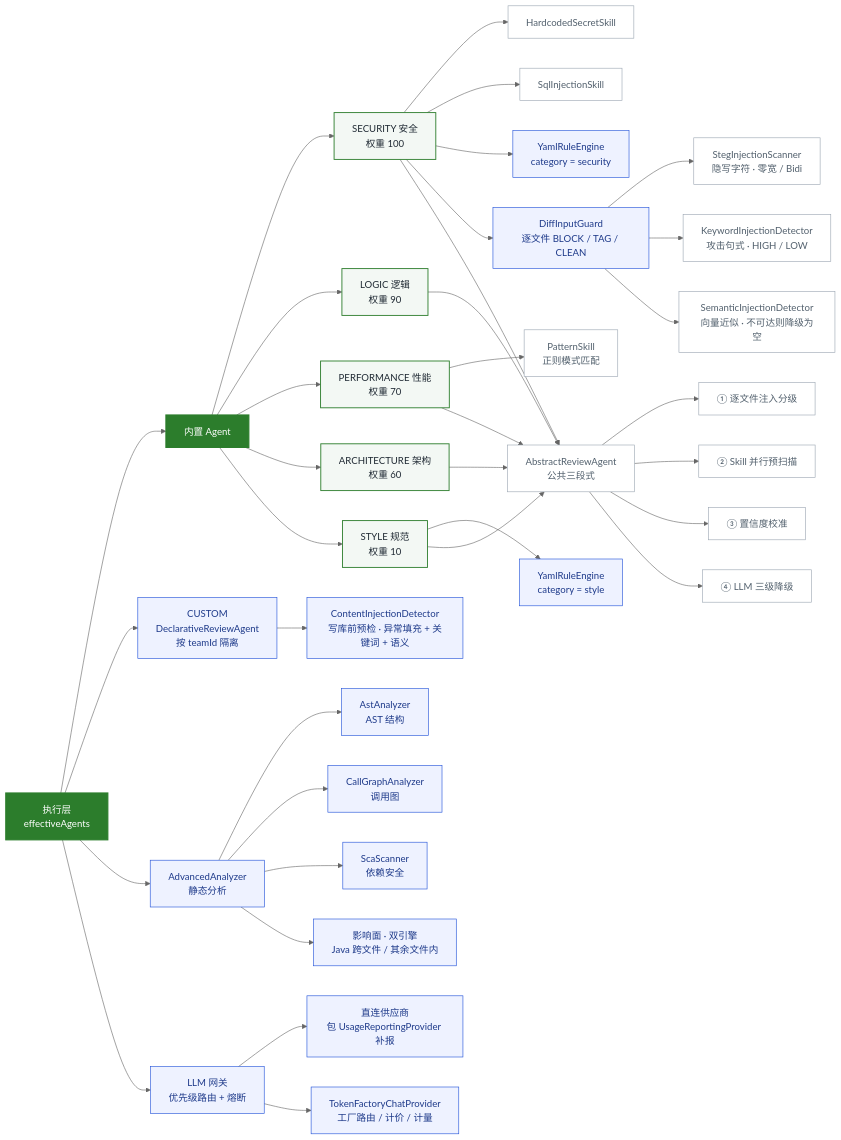
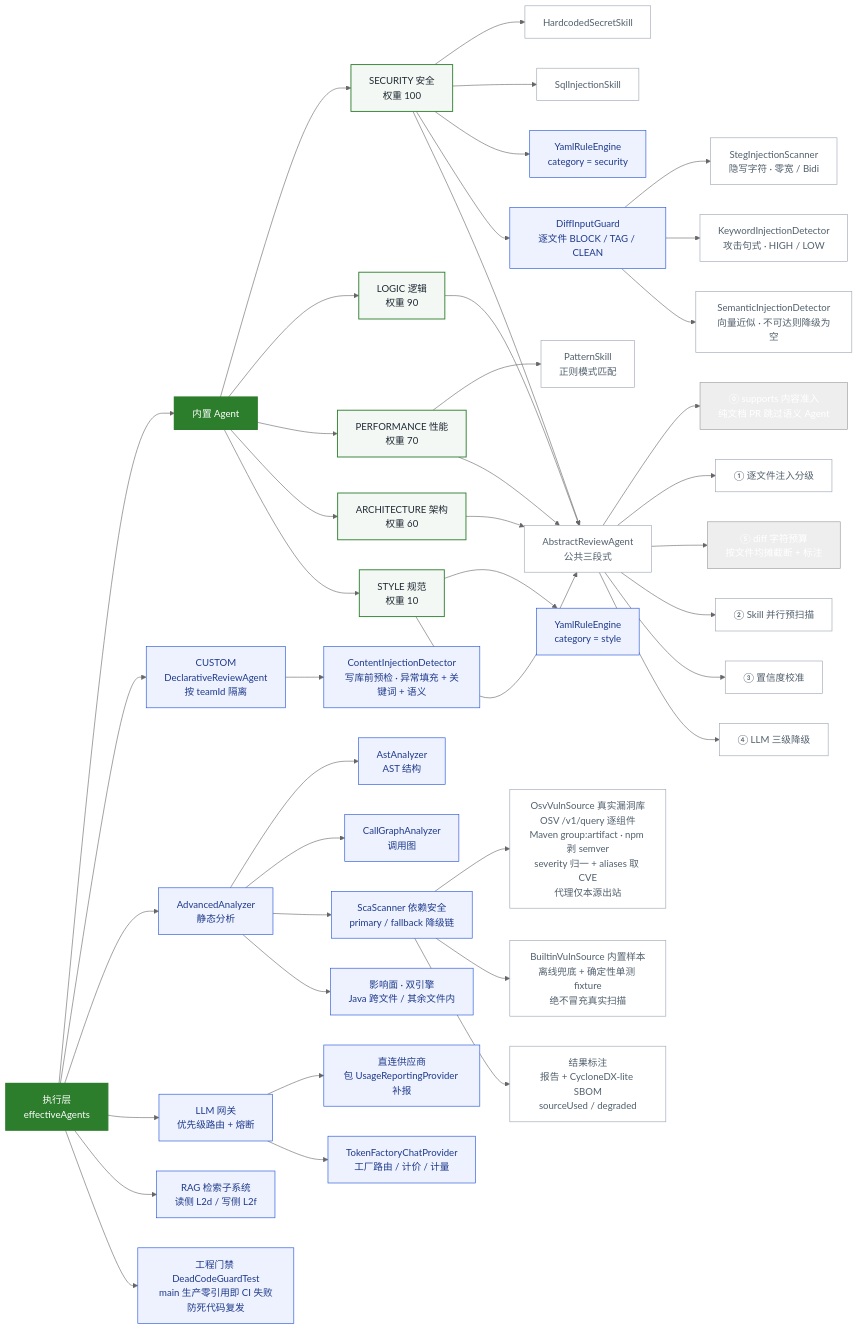
One commit to 13liyunfei/code-review-agent changed the diagram in docs/diagrams/l7-capability.mmd. Above: the diagram before and after it, drawn with Mermaid (neutral theme). The commit also changed 14 other files, not shown here.

First line of the commit message:
docs: 图集同步 RAG 加固 / SCA 真实库 / 记忆读侧闭环（13 → 16 张）

```diff
--- a/docs/diagrams/l7-capability.mmd
+++ b/docs/diagrams/l7-capability.mmd
@@ -1,52 +1,61 @@
 flowchart LR
     ROOT["执行层<br/>effectiveAgents"] --> BI["内置 Agent"]
     ROOT --> A6["CUSTOM<br/>DeclarativeReviewAgent<br/>按 teamId 隔离"]
     ROOT --> A7["AdvancedAnalyzer<br/>静态分析"]
     ROOT --> GW["LLM 网关<br/>优先级路由 + 熔断"]
+    ROOT --> RAG["RAG 检索子系统<br/>读侧 L2d / 写侧 L2f"]
+    ROOT --> QA["工程门禁 DeadCodeGuardTest<br/>main 生产零引用即 CI 失败<br/>防死代码复发"]
 
     BI --> A1["SECURITY 安全<br/>权重 100"]
     BI --> A2["LOGIC 逻辑<br/>权重 90"]
     BI --> A3["PERFORMANCE 性能<br/>权重 70"]
     BI --> A4["ARCHITECTURE 架构<br/>权重 60"]
     BI --> A5["STYLE 规范<br/>权重 10"]
 
     A1 --> S1["HardcodedSecretSkill"]
     A1 --> S2["SqlInjectionSkill"]
     A1 --> S3["YamlRuleEngine<br/>category = security"]
     A3 --> S4["PatternSkill<br/>正则模式匹配"]
     A5 --> S5["YamlRuleEngine<br/>category = style"]
 
     A1 --> D1["DiffInputGuard<br/>逐文件 BLOCK / TAG / CLEAN"]
     D1 --> D2["StegInjectionScanner<br/>隐写字符 · 零宽 / Bidi"]
     D1 --> D3["KeywordInjectionDetector<br/>攻击句式 · HIGH / LOW"]
     D1 --> D4["SemanticInjectionDetector<br/>向量近似 · 不可达则降级为空"]
 
     A6 --> D5["ContentInjectionDetector<br/>写库前预检 · 异常填充 + 关键词 + 语义"]
 
     A7 --> Z1["AstAnalyzer<br/>AST 结构"]
     A7 --> Z2["CallGraphAnalyzer<br/>调用图"]
-    A7 --> Z3["ScaScanner<br/>依赖安全"]
+    A7 --> Z3["ScaScanner 依赖安全<br/>primary / fallback 降级链"]
     A7 --> Z4["影响面 · 双引擎<br/>Java 跨文件 / 其余文件内"]
+
+    Z3 --> V1["OsvVulnSource 真实漏洞库<br/>OSV /v1/query 逐组件<br/>Maven group:artifact · npm 剥 semver<br/>severity 归一 + aliases 取 CVE<br/>代理仅本源出站"]
+    Z3 --> V2["BuiltinVulnSource 内置样本<br/>离线兜底 + 确定性单测 fixture<br/>绝不冒充真实扫描"]
+    Z3 --> V3["结果标注<br/>报告 + CycloneDX-lite SBOM<br/>sourceUsed / degraded"]
 
     GW --> L1["直连供应商<br/>包 UsageReportingProvider 补报"]
     GW --> L2["TokenFactoryChatProvider<br/>工厂路由 / 计价 / 计量"]
 
     A1 --> P["AbstractReviewAgent<br/>公共三段式"]
     A2 --> P
     A3 --> P
     A4 --> P
     A5 --> P
 
+    P --> P0["⓪ supports 内容准入<br/>纯文档 PR 跳过语义 Agent"]
     P --> P1["① 逐文件注入分级"]
+    P --> P5["⑤ diff 字符预算<br/>按文件均摊截断 + 标注"]
     P --> P2["② Skill 并行预扫描"]
     P --> P3["③ 置信度校准"]
     P --> P4["④ LLM 三级降级"]
 
     classDef root fill:#2c7d2c,stroke:#2c7d2c,stroke-width:2px,color:#fff;
     classDef agent fill:#F3F8F4,stroke:#2c7d2c,stroke-width:1.5px,color:#1f2933;
     classDef custom fill:#EEF2FF,stroke:#1d4ed8,stroke-width:1px,color:#1e3a8a;
     classDef leaf fill:#FFFFFF,stroke:#9aa5b1,stroke-width:1px,color:#52606d;
     class ROOT,BI root;
     class A1,A2,A3,A4,A5 agent;
-    class A6,A7,GW,S3,S5,Z1,Z2,Z3,Z4,D1,D5,L1,L2 custom;
+    class A6,A7,GW,S3,S5,Z1,Z2,Z3,Z4,D1,D5,L1,L2,QA,RAG custom;
+    class V1,V2,V3 leaf;
     class S1,S2,S4,P,P1,P2,P3,P4,D2,D3,D4 leaf;
```
